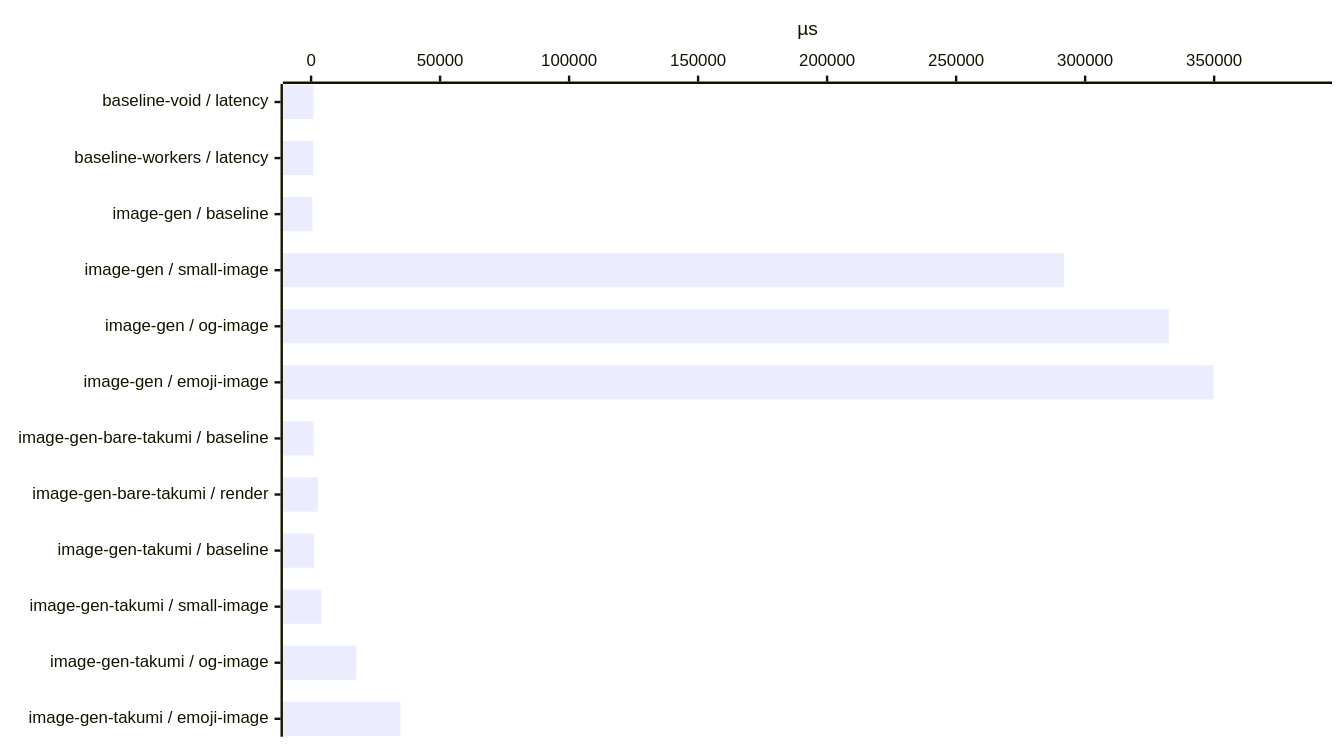
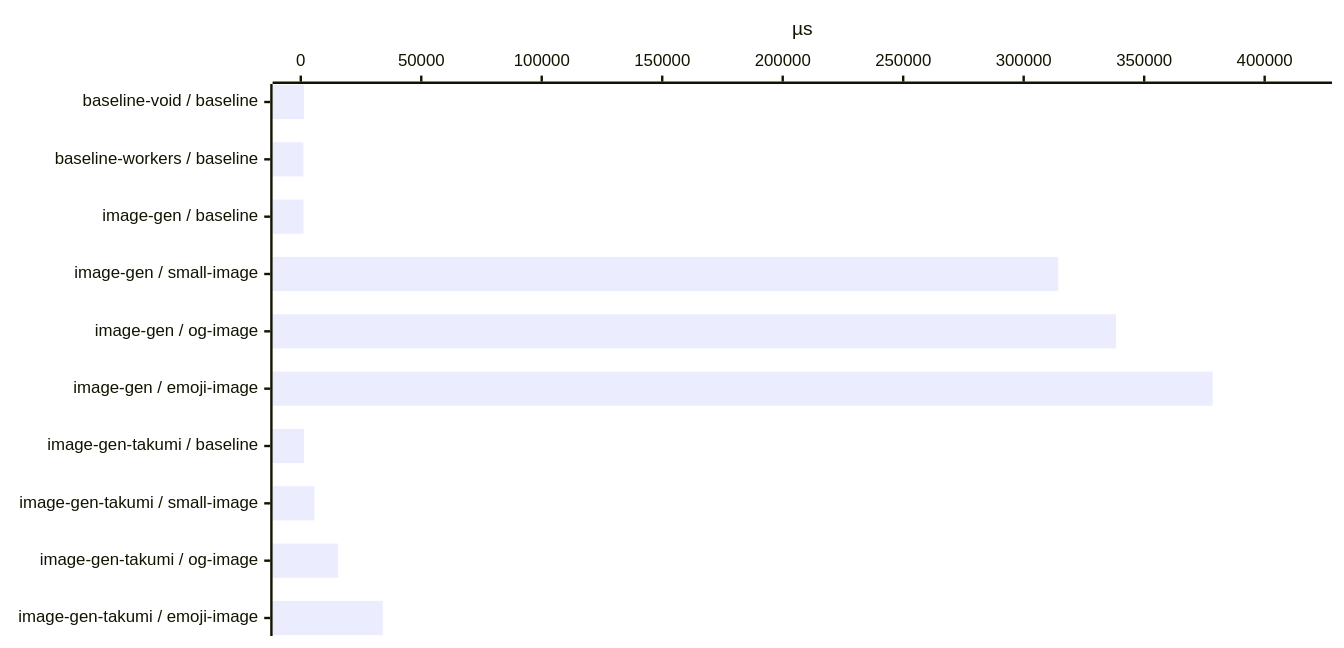
Before and after one commit to voidzero-dev/void: diagram 15 of 25 in benchmark/report.md, drawn with Mermaid. The commit also changed other lines of this file and 6 other files, not shown here.

````diff
--- a/benchmark/report.md
+++ b/benchmark/report.md
@@ -322,12 +315,12 @@
 ```mermaid
 ---
 config:
   xyChart:
     width: 1100
-    height: 604
+    height: 520
 ---
 xychart-beta horizontal
-    x-axis ["baseline-void / latency", "baseline-workers / latency", "image-gen / baseline", "image-gen / small-image", "image-gen / og-image", "image-gen / emoji-image", "image-gen-bare-takumi / baseline", "image-gen-bare-takumi / render", "image-gen-takumi / baseline", "image-gen-takumi / small-image", "image-gen-takumi / og-image", "image-gen-takumi / emoji-image"]
-    y-axis "µs" 0 --> 384760.2
-    bar [971, 816, 534, 291821, 332440, 349782, 996, 2691, 1110, 3932, 17531, 34667]
+    x-axis ["baseline-void / baseline", "baseline-workers / baseline", "image-gen / baseline", "image-gen / small-image", "image-gen / og-image", "image-gen / emoji-image", "image-gen-takumi / baseline", "image-gen-takumi / small-image", "image-gen-takumi / og-image", "image-gen-takumi / emoji-image"]
+    y-axis "µs" 0 --> 416262
+    bar [1325, 1090, 1117, 314355, 338346, 378420, 1356, 5642, 15505, 34039]
 ```
````
